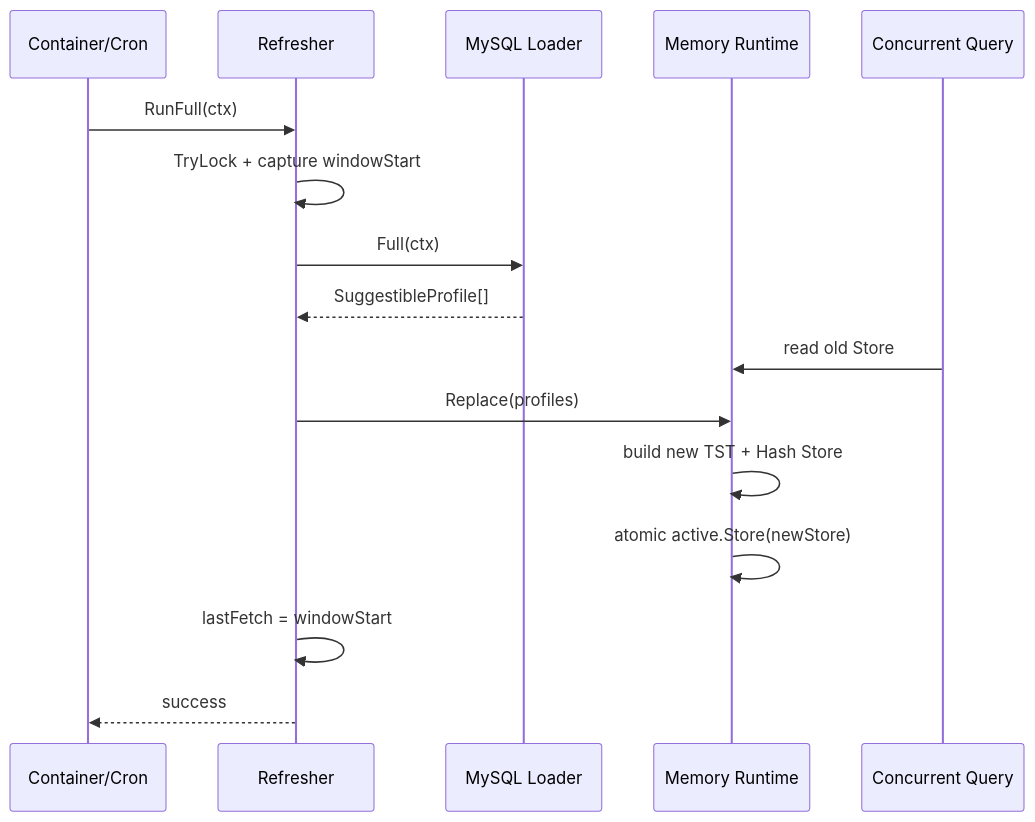
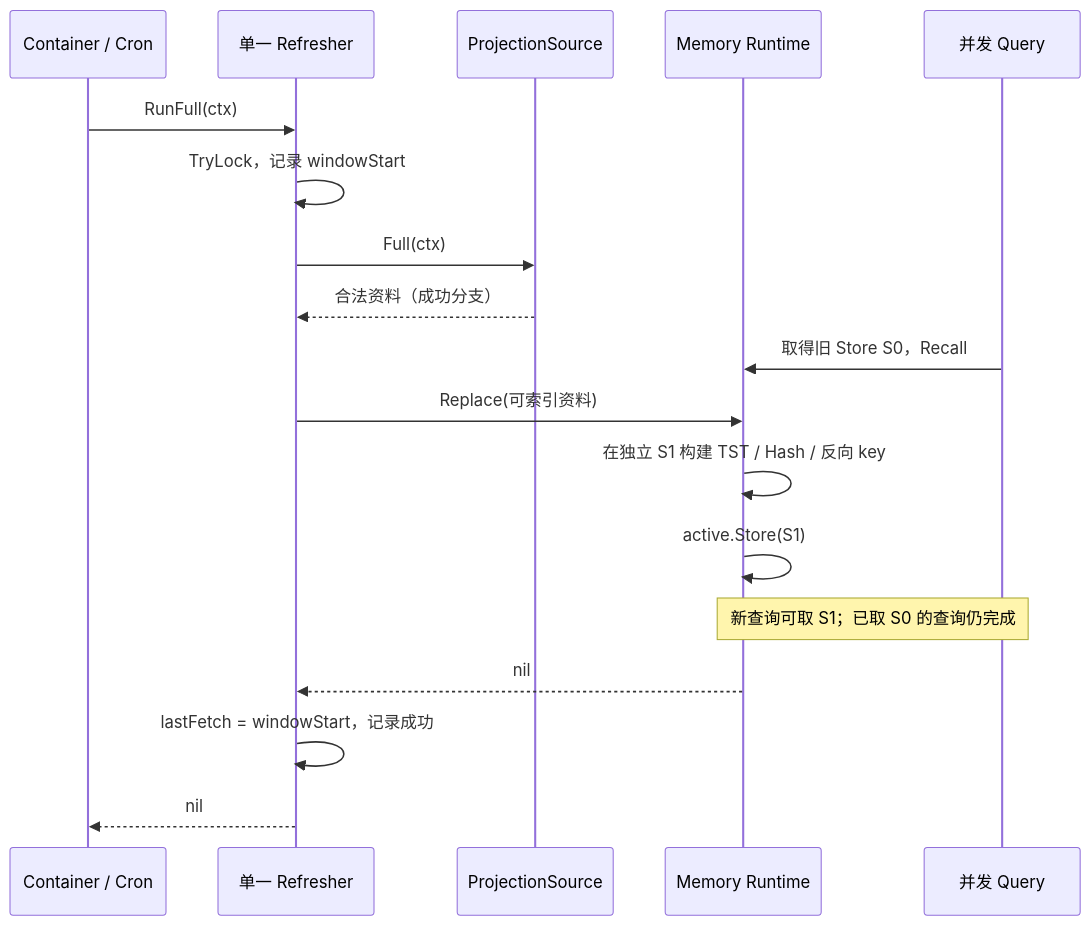
The first of 2 diagrams in docs/02-业务模块/05-Suggest/02-关键链路-索引刷新Full-Delta.md (FangcunMount/iam), drawn with Mermaid before and after one commit. The commit also changed other lines of this file and 36 other files, not shown here.

````diff
--- a/docs/02-业务模块/05-Suggest/02-关键链路-索引刷新Full-Delta.md
+++ b/docs/02-业务模块/05-Suggest/02-关键链路-索引刷新Full-Delta.md
@@ -62,19 +61,20 @@
 ```mermaid
 sequenceDiagram
-    participant C as Container/Cron
-    participant R as Refresher
-    participant L as MySQL Loader
+    participant C as Container / Cron
+    participant R as 单一 Refresher
+    participant L as ProjectionSource
     participant M as Memory Runtime
-    participant Q as Concurrent Query
-
+    participant Q as 并发 Query
     C->>R: RunFull(ctx)
-    R->>R: TryLock + capture windowStart
+    R->>R: TryLock，记录 windowStart
     R->>L: Full(ctx)
-    L-->>R: SuggestibleProfile[]
-    Q->>M: read old Store
-    R->>M: Replace(profiles)
-    M->>M: build new TST + Hash Store
-    M->>M: atomic active.Store(newStore)
-    R->>R: lastFetch = windowStart
-    R-->>C: success
+    L-->>R: 合法资料（成功分支）
+    Q->>M: 取得旧 Store S0，Recall
+    R->>M: Replace(可索引资料)
+    M->>M: 在独立 S1 构建 TST / Hash / 反向 key
+    M->>M: active.Store(S1)
+    Note over M,Q: 新查询可取 S1；已取 S0 的查询仍完成
+    M-->>R: nil
+    R->>R: lastFetch = windowStart，记录成功
+    R-->>C: nil
 ```
````
